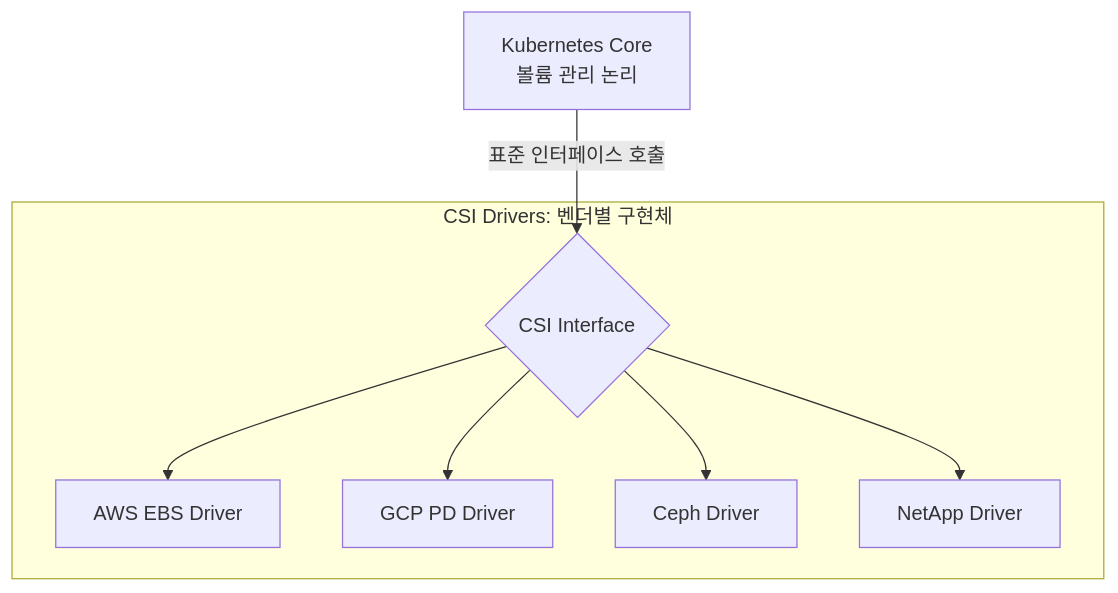
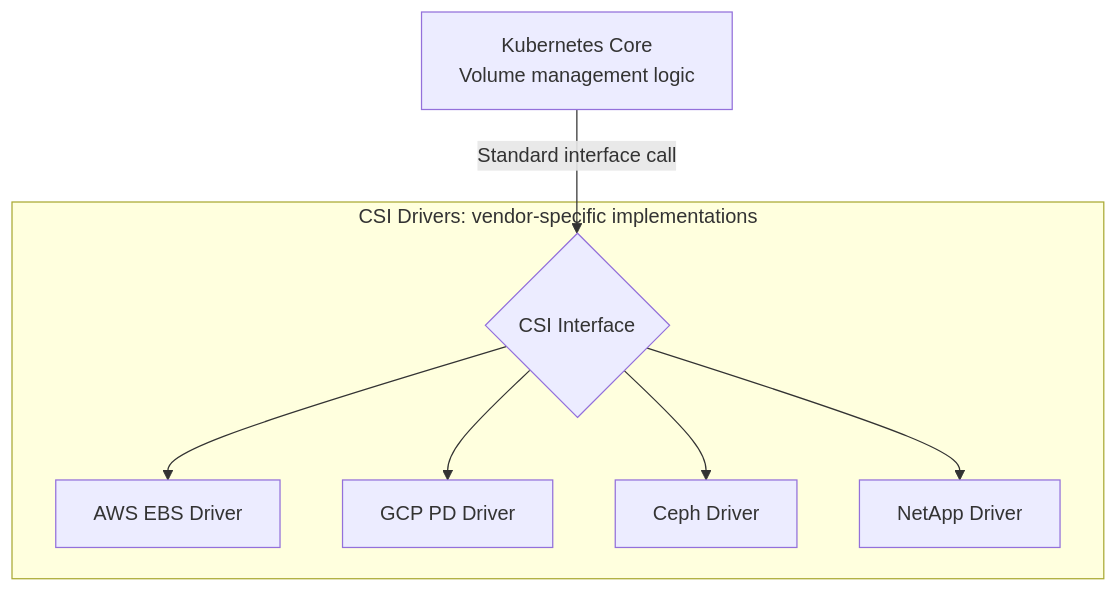
The diagram in content/basics/06-csi-philosophy.md (jeonck/k8s-adv), drawn with Mermaid before and after one commit. The commit also changed other lines of this file and 223 other files, not shown here.

````diff
--- a/content/basics/06-csi-philosophy.md
+++ b/content/basics/06-csi-philosophy.md
@@ -25,11 +25,11 @@
 ```mermaid
 graph TD
-    K8S[Kubernetes Core<br/>볼륨 관리 논리] -- "표준 인터페이스 호출" --> CSI_IF{CSI Interface}
+    K8S[Kubernetes Core<br/>Volume management logic] -- "Standard interface call" --> CSI_IF{CSI Interface}
 
-    subgraph Drivers[CSI Drivers: 벤더별 구현체]
+    subgraph Drivers["CSI Drivers: vendor-specific implementations"]
         CSI_IF --> AWS[AWS EBS Driver]
         CSI_IF --> GCP[GCP PD Driver]
         CSI_IF --> CEPH[Ceph Driver]
         CSI_IF --> ONTAP[NetApp Driver]
     end
 ```
````
